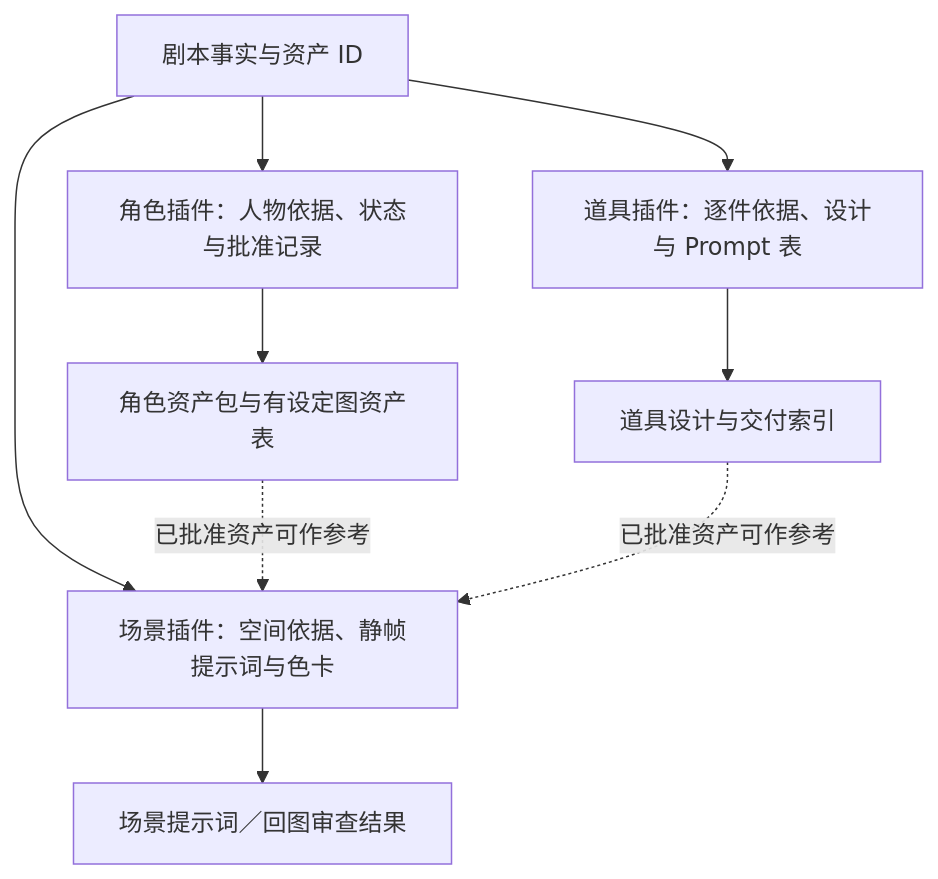
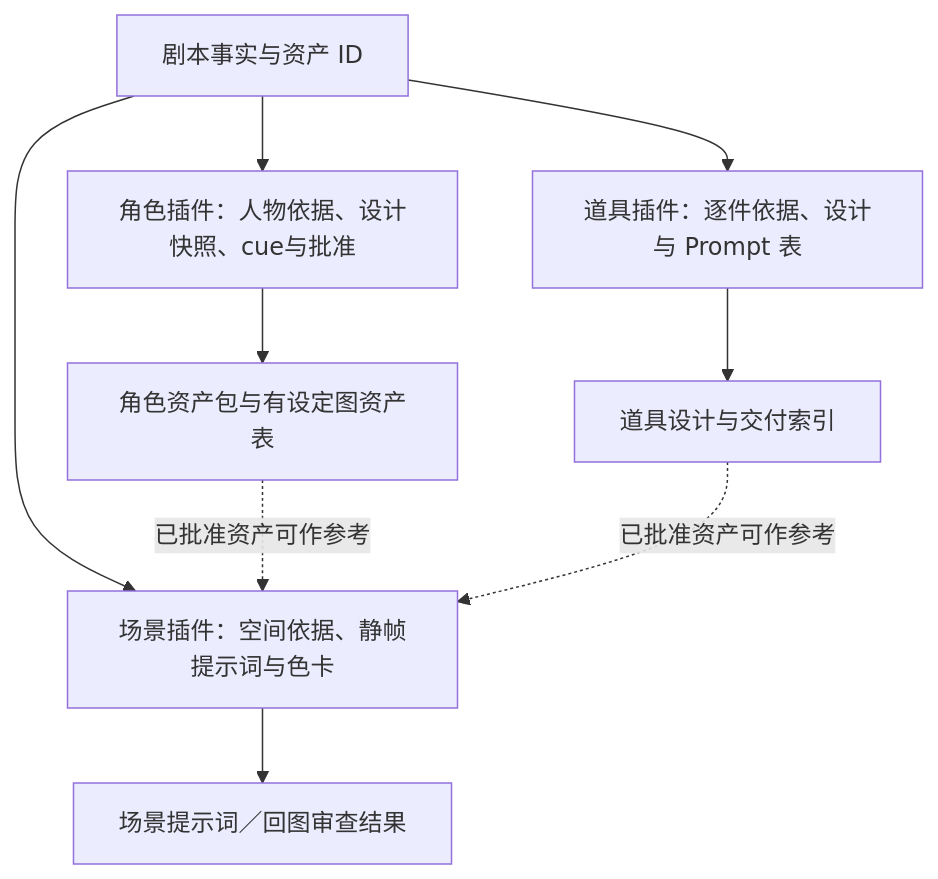
Before and after one commit to kaibaoxiang-studio/ZiChan: the third of 3 diagrams in README.md, drawn with Mermaid. The commit also changed other lines of this file and 46 other files, not shown here.

````diff
--- a/README.md
+++ b/README.md
@@ -93,11 +95,11 @@
 ```mermaid
 flowchart TD
-    S["剧本事实与资产 ID"] --> R["角色插件：人物依据、状态与批准记录"]
+    S["剧本事实与资产 ID"] --> R["角色插件：人物依据、设计快照、cue与批准"]
     S --> P["道具插件：逐件依据、设计与 Prompt 表"]
     S --> C["场景插件：空间依据、静帧提示词与色卡"]
     R --> RR["角色资产包与有设定图资产表"]
     P --> PP["道具设计与交付索引"]
     C --> CC["场景提示词／回图审查结果"]
     RR -.->|已批准资产可作参考| C
     PP -.->|已批准资产可作参考| C
 ```
````
